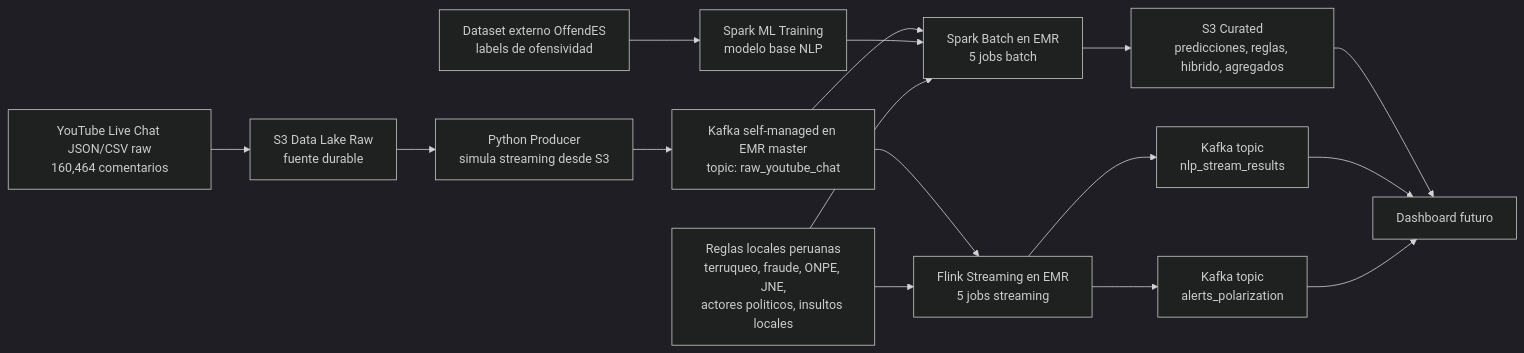
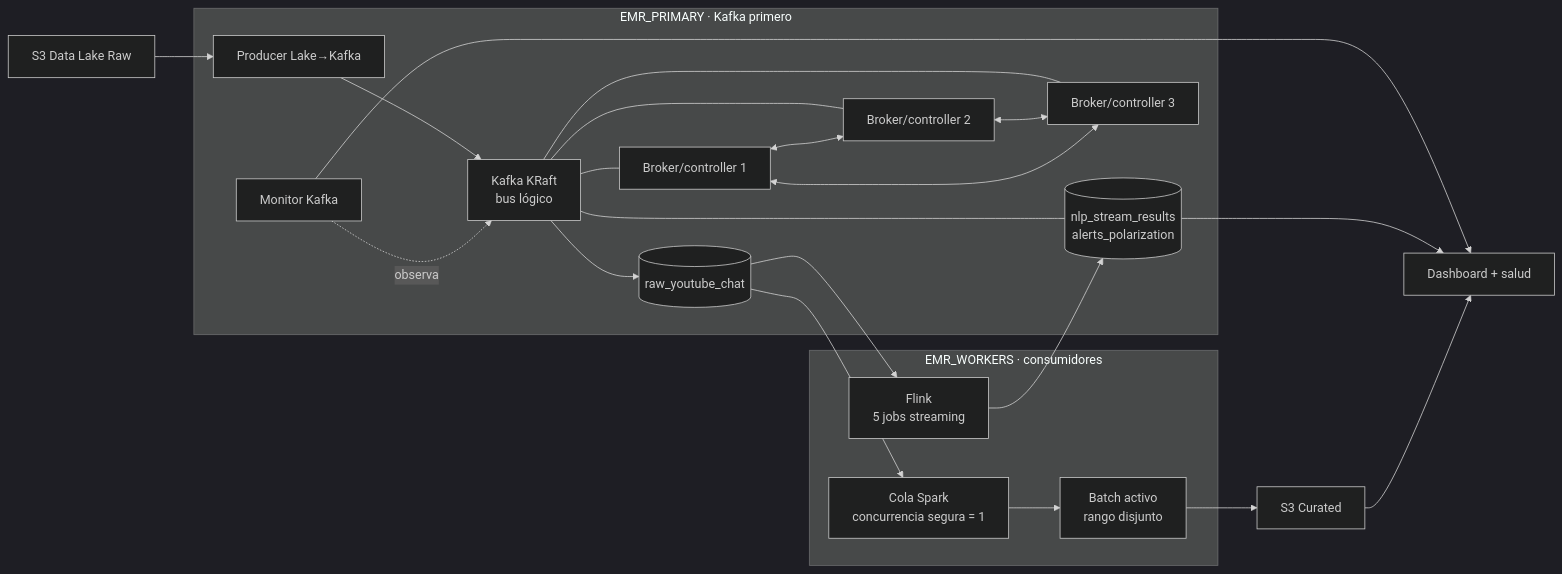
The diagram in emr_kafka_setup/docs/current_architecture_mermaid.md (LaterSpec/bigdata-spark-flink), drawn with Mermaid (dark theme) before and after one commit. The commit also changed other lines of this file and 54 other files, not shown here.

First line of the commit message:
Update project documentation and configuration for distributed architecture

````diff
--- a/emr_kafka_setup/docs/current_architecture_mermaid.md
+++ b/emr_kafka_setup/docs/current_architecture_mermaid.md
@@ -3,23 +5,40 @@
 ```mermaid
 flowchart LR
-    A["YouTube Live Chat JSON/CSV raw<br/>160,464 comentarios"] --> B["S3 Data Lake Raw<br/>fuente durable"]
-    B --> C["Python Producer<br/>simula streaming desde S3"]
-    C --> D["Kafka self-managed en EMR master<br/>topic: raw_youtube_chat"]
+    L["S3 Data Lake Raw"]
 
-    D --> E["Spark Batch en EMR<br/>5 jobs batch"]
-    D --> F["Flink Streaming en EMR<br/>5 jobs streaming"]
+    subgraph K["EMR_PRIMARY · Kafka primero"]
+        P["Producer Lake→Kafka"]
+        BUS["Kafka KRaft<br/>bus lógico"]
+        RAW[("raw_youtube_chat")]
+        OUT[("nlp_stream_results<br/>alerts_polarization")]
+        B1["Broker/controller 1"]
+        B2["Broker/controller 2"]
+        B3["Broker/controller 3"]
+        M["Monitor Kafka"]
 
-    E --> G["S3 Curated<br/>predicciones, reglas, hibrido, agregados"]
-    F --> H["Kafka topic<br/>nlp_stream_results"]
-    F --> I["Kafka topic<br/>alerts_polarization"]
+        P --> BUS --> RAW
+        BUS --- OUT
+        BUS --- B1
+        BUS --- B2
+        BUS --- B3
+        B1 <--> B2
+        B2 <--> B3
+        B3 <--> B1
+        M -. observa .-> BUS
+    end
 
-    G --> J["Dashboard futuro"]
-    H --> J
-    I --> J
+    subgraph C["EMR_WORKERS · consumidores"]
+        F["Flink<br/>5 jobs streaming"]
+        SQ["Cola Spark<br/>concurrencia segura = 1"]
+        S1["Batch activo<br/>rango disjunto"]
+    end
 
-    K["Dataset externo OffendES<br/>labels de ofensividad"] --> L["Spark ML Training<br/>modelo base NLP"]
-    L --> E
-
-    M["Reglas locales peruanas<br/>terruqueo, fraude, ONPE, JNE,<br/>actores politicos, insultos locales"] --> E
-    M --> F
+    L --> P
+    RAW --> F
+    RAW --> SQ --> S1
+    F --> OUT
+    S1 --> Q["S3 Curated"]
+    M --> D["Dashboard + salud"]
+    OUT --> D
+    Q --> D
 ```
````
